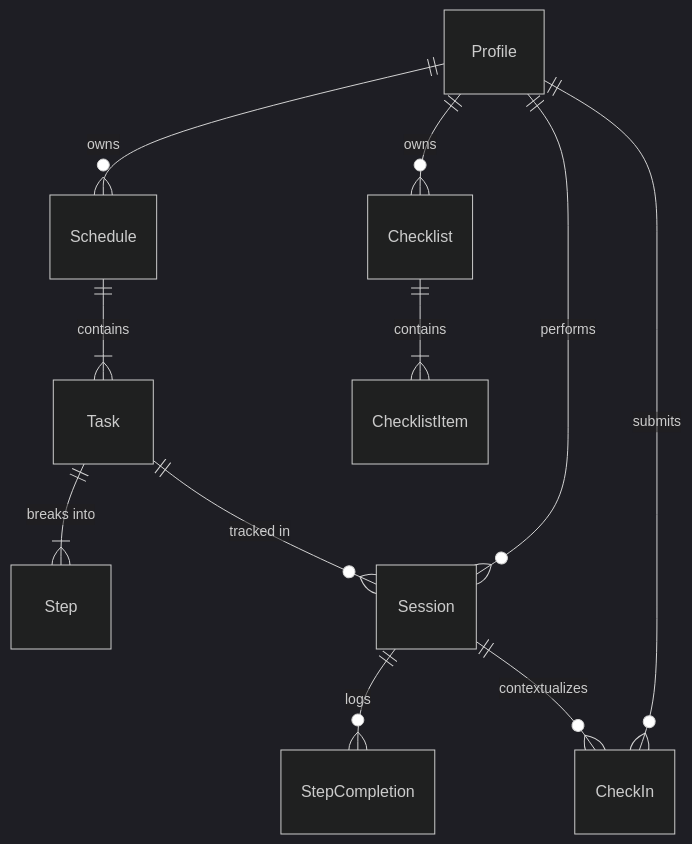
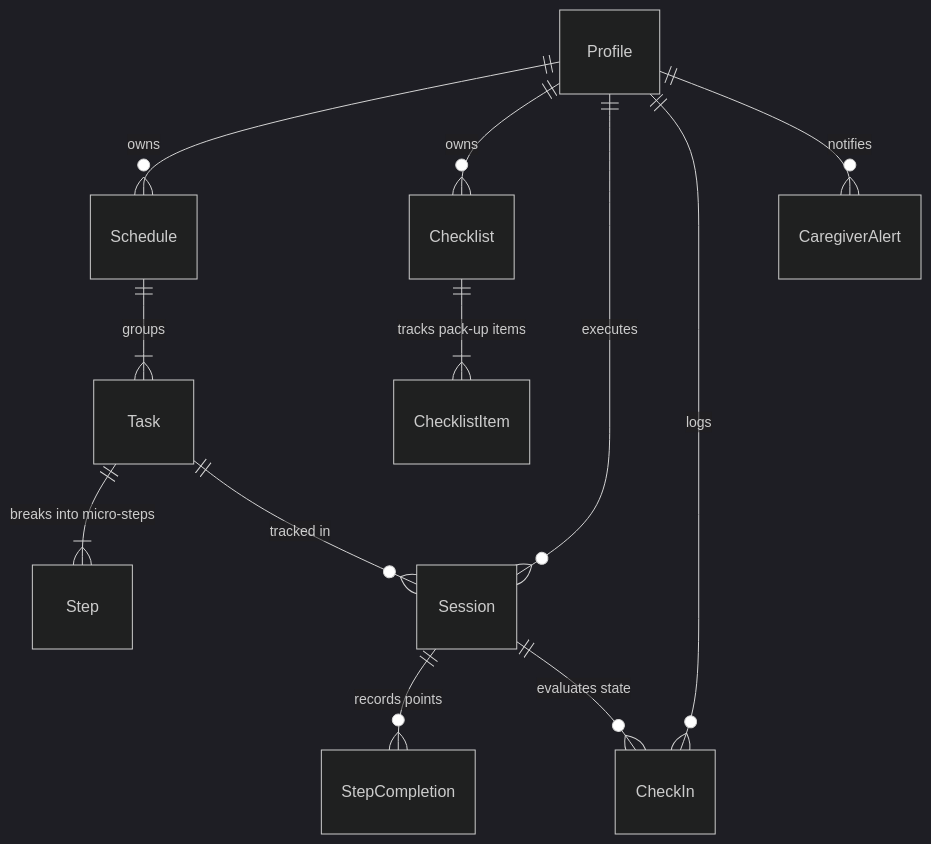
One commit to YashasviJadav03/BloomAI changed the first of 2 diagrams in plan.md. Above: the diagram before and after it, drawn with Mermaid (dark theme). The commit also changed other lines of this file and 14 other files, not shown here.

Commit message:
feat: initialize FastAPI backend structure with routers, models, and schemas

````diff
--- a/plan.md
+++ b/plan.md
@@ -100,16 +69,16 @@
 ```mermaid
 erDiagram
     Profile ||--o{ Schedule : "owns"
     Profile ||--o{ Checklist : "owns"
-    Profile ||--o{ Session : "performs"
-    Profile ||--o{ CheckIn : "submits"
-    
-    Schedule ||--|{ Task : "contains"
-    Task ||--|{ Step : "breaks into"
+    Profile ||--o{ Session : "executes"
+    Profile ||--o{ CheckIn : "logs"
+    Profile ||--o{ CaregiverAlert : "notifies"
+
+    Schedule ||--|{ Task : "groups"
+    Task ||--|{ Step : "breaks into micro-steps"
     Task ||--o{ Session : "tracked in"
-    
-    Session ||--o{ StepCompletion : "logs"
-    Session ||--o{ CheckIn : "contextualizes"
-    
-    Checklist ||--|{ ChecklistItem : "contains"
+
+    Checklist ||--|{ ChecklistItem : "tracks pack-up items"
+    Session ||--o{ StepCompletion : "records points"
+    Session ||--o{ CheckIn : "evaluates state"
 ```
````
